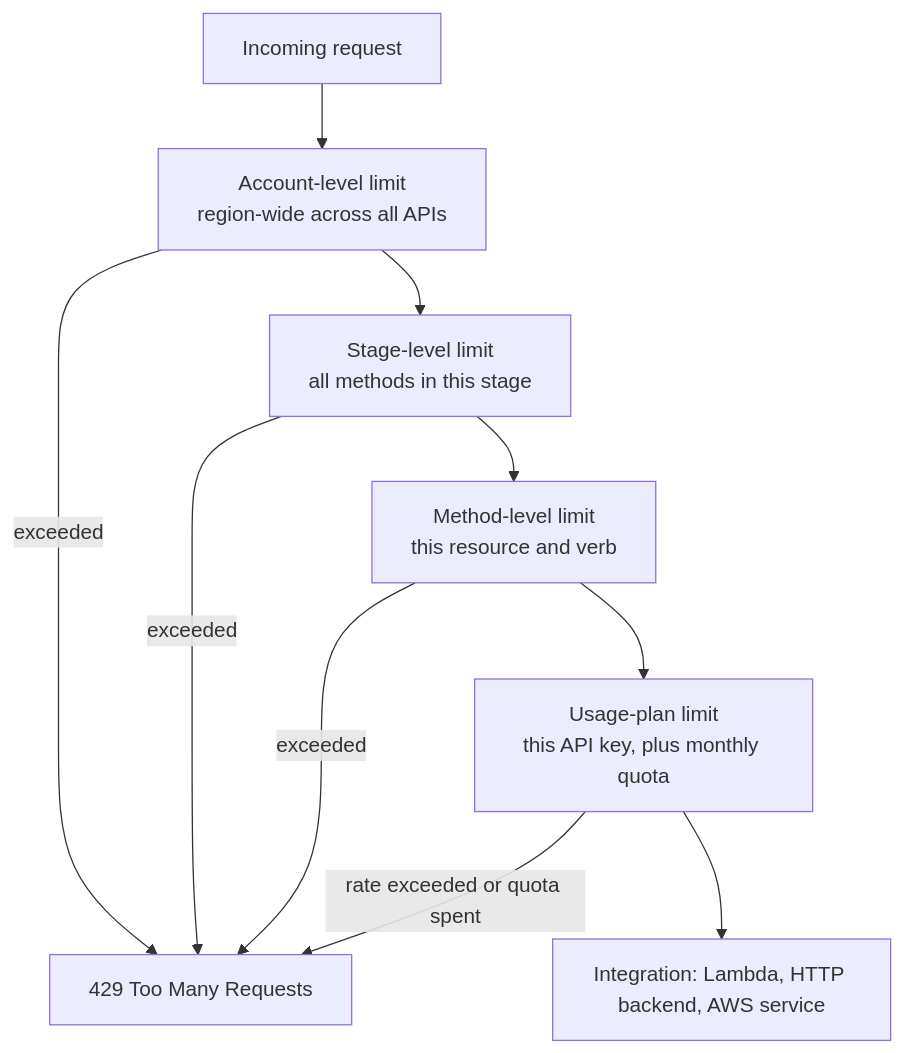
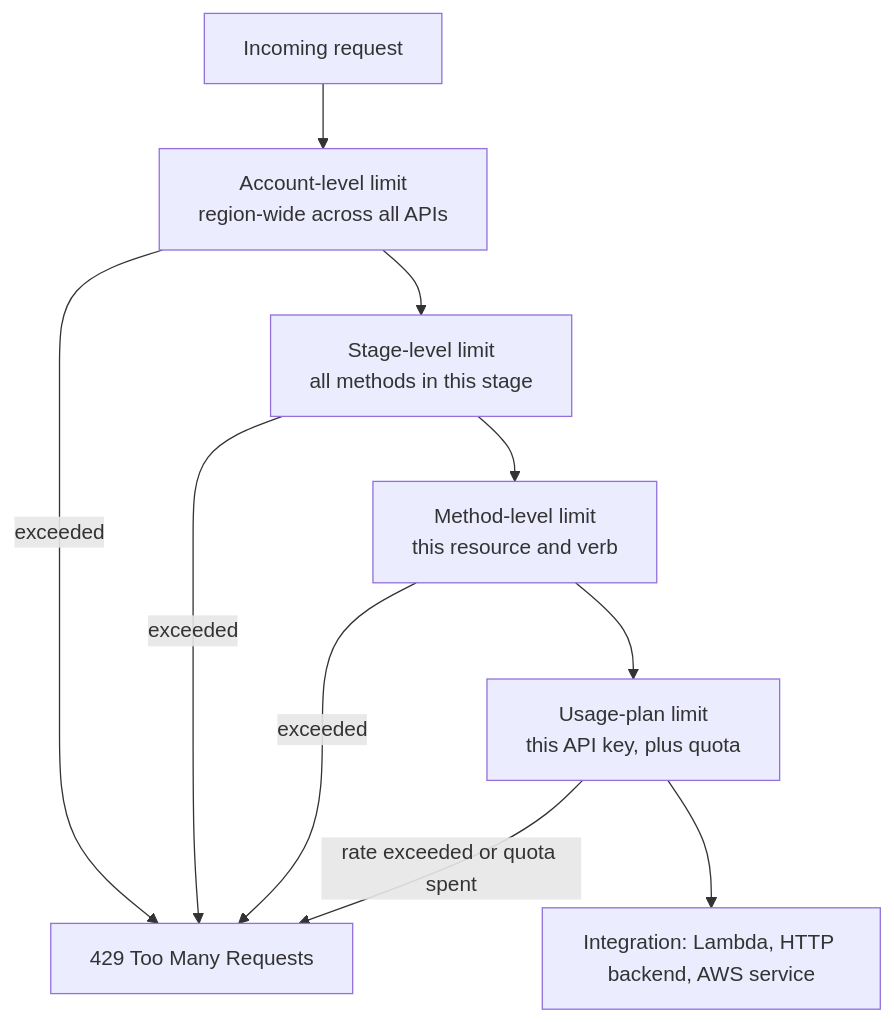
The second of 5 diagrams in docs/unit4/topic2.md (norbutlepcha25/dso303), drawn with Mermaid before and after one commit. The commit also changed other lines of this file and 12 other files, not shown here.

````diff
--- a/docs/unit4/topic2.md
+++ b/docs/unit4/topic2.md
@@ -163,12 +190,12 @@
 ```mermaid
 flowchart TD
     R["Incoming request"] --> A["Account-level limit<br/>region-wide across all APIs"]
     A -->|"exceeded"| X429["429 Too Many Requests"]
     A --> S["Stage-level limit<br/>all methods in this stage"]
     S -->|"exceeded"| X429
     S --> M["Method-level limit<br/>this resource and verb"]
     M -->|"exceeded"| X429
-    M --> U["Usage-plan limit<br/>this API key, plus monthly quota"]
+    M --> U["Usage-plan limit<br/>this API key, plus quota"]
     U -->|"rate exceeded or quota spent"| X429
     U --> I["Integration: Lambda, HTTP backend, AWS service"]
 ```
````
